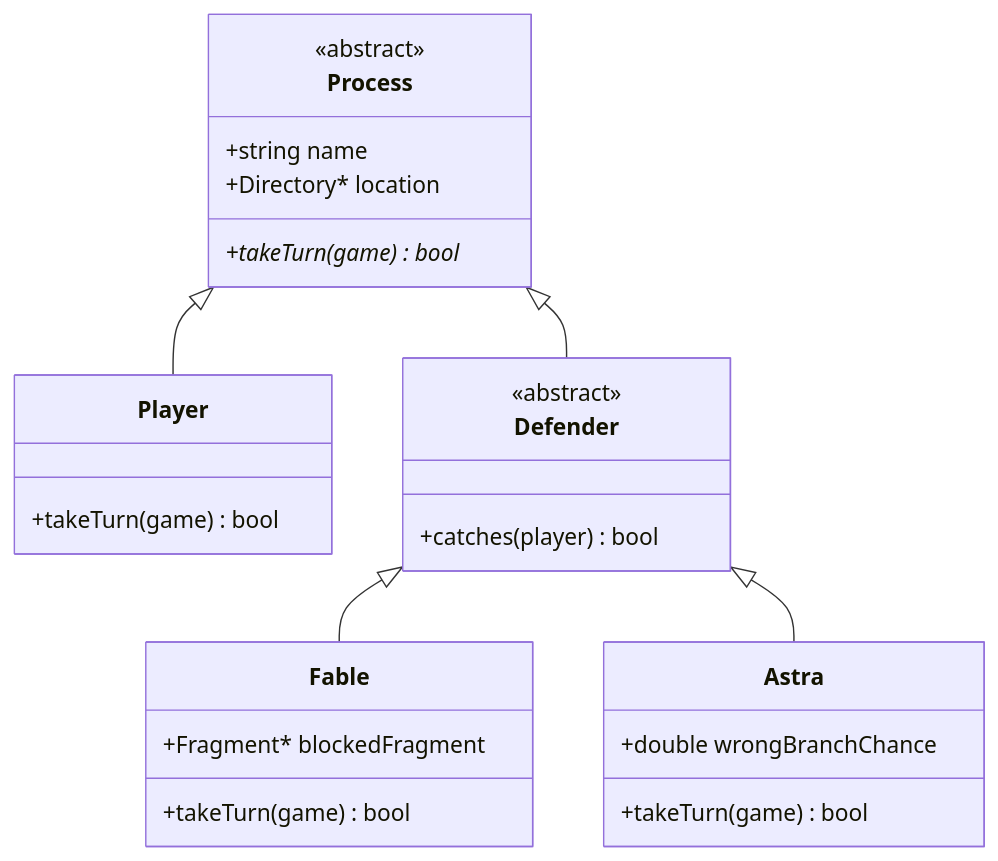
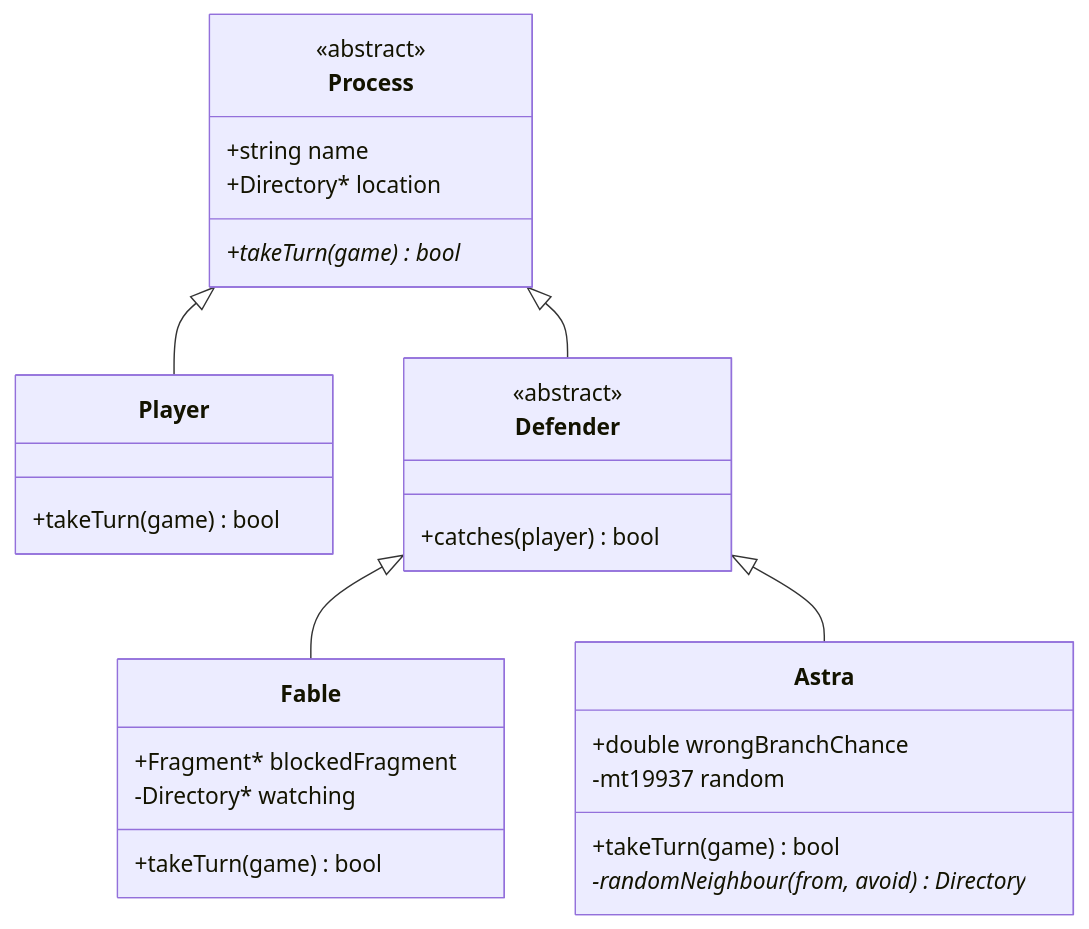
The second of 11 diagrams in docs/class_diagram.md (Lawrensu/Deviant), drawn with Mermaid before and after one commit. The commit also changed other lines of this file and 16 other files, not shown here.

````diff
--- a/docs/class_diagram.md
+++ b/docs/class_diagram.md
@@ -91,29 +92,32 @@
 ```mermaid
 classDiagram
     class Process {
         <<abstract>>
         +string name
         +Directory* location
         +takeTurn(game)* bool
     }
     class Player {
         +takeTurn(game) bool
     }
     class Defender {
         <<abstract>>
         +catches(player) bool
     }
     class Fable {
         +Fragment* blockedFragment
+        -Directory* watching
         +takeTurn(game) bool
     }
     class Astra {
         +double wrongBranchChance
+        -mt19937 random
         +takeTurn(game) bool
+        -randomNeighbour(from, avoid) Directory*
     }
 
     Process <|-- Player
     Process <|-- Defender
     Defender <|-- Fable
     Defender <|-- Astra
 ```
````
